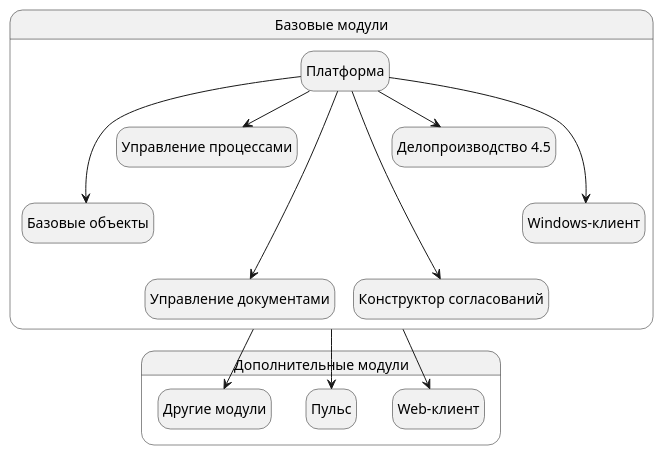
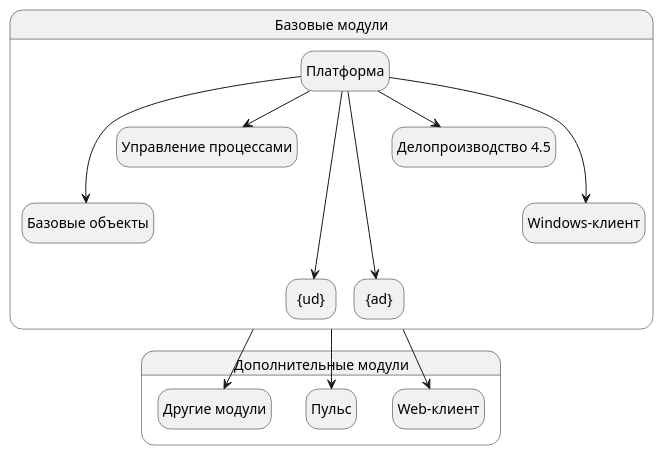
One commit to Docsvision/antora-install-guide changed the diagram in modules/ROOT/pages/system-description.adoc. Above: the diagram before and after it, drawn with PlantUML. The commit also changed other lines of this file and 4 other files, not shown here.

```diff
--- a/modules/ROOT/pages/system-description.adoc
+++ b/modules/ROOT/pages/system-description.adoc
@@ -29,41 +29,41 @@
 [plantuml, svg]
 ....
 @startuml
 hide empty description
 '!pragma layout elk
 skinparam rectangleBorderThickness 1
 skinparam defaultTextAlignment center
 skinparam lifelineStrategy solid
 skinparam monochrome true
 
 State "Базовые модули" as base {
 
 State "Платформа" as platform
 State "Базовые объекты" as baseobjects
 State "Управление процессами" as workflow
-State "Управление документами" as documentmanagement
-State "Конструктор согласований" as approvaldesigner
+State "{ud}" as documentmanagement
+State "{ad}" as approvaldesigner
 State "Делопроизводство 4.5" as takeoffice
 State "Windows-клиент" as windowsclient
 }
 
 platform ---> baseobjects
 platform --> workflow
 platform --> takeoffice
 platform ---> windowsclient
 platform ----> documentmanagement
 platform ----> approvaldesigner
 
 State "Дополнительные модули" as additional {
 
 State "Web-клиент" as webclient
 State "Пульс" as pulse
 State "Другие модули" as other
 }
 
 base --> webclient
 base --> pulse
 base --> other
 
 @enduml
 ....
```
